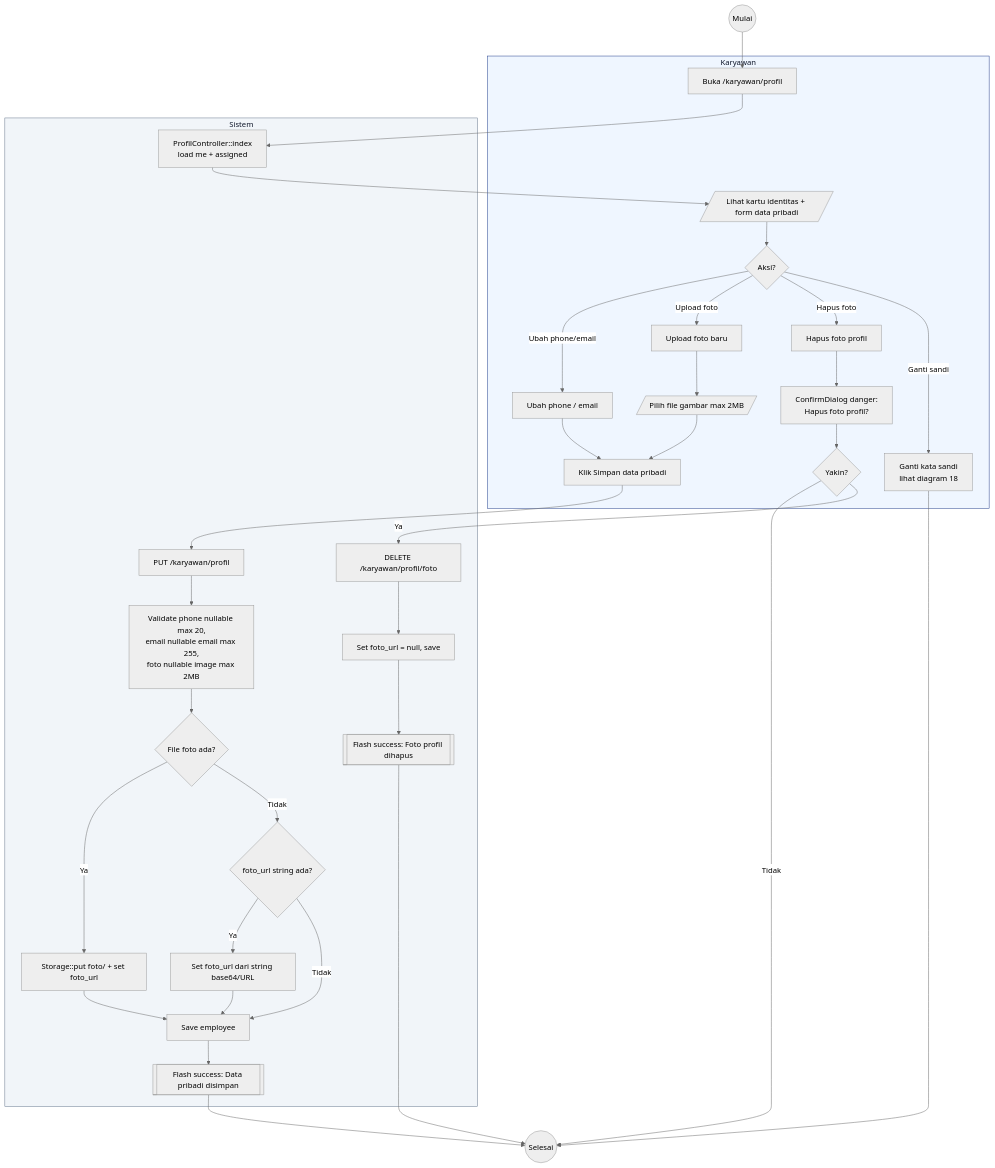
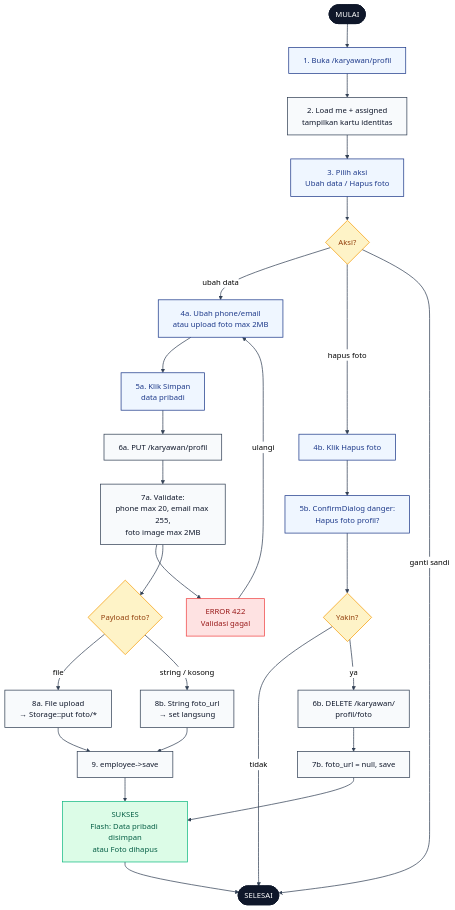
One commit to radacore/absensi-pu changed the diagram in docs/activity-diagrams/19-profil-karyawan.md. Above: the diagram before and after it, drawn with Mermaid (neutral theme). The commit also changed other lines of this file and 22 other files, not shown here.

First line of the commit message:
docs(diagram): terapkan pola mermaid flowchart TD ke 23 diagram sisanya

````diff
--- a/docs/activity-diagrams/19-profil-karyawan.md
+++ b/docs/activity-diagrams/19-profil-karyawan.md
@@ -11,68 +11,69 @@
 ```mermaid
 flowchart TD
-    Start((Mulai)) --> K1
+    START([MULAI]):::se
 
-    subgraph Karyawan[Karyawan]
-        K1[Buka /karyawan/profil]
-        K2[/Lihat kartu identitas + form data pribadi/]
-        K3{Aksi?}
-        K4[Ubah phone / email]
-        K5[Upload foto baru]
-        K6[/Pilih file gambar max 2MB/]
-        K7[Klik Simpan data pribadi]
-        K8[Hapus foto profil]
-        K9[ConfirmDialog danger:<br/>Hapus foto profil?]
-        K10{Yakin?}
-        K11[Ganti kata sandi<br/>lihat diagram 18]
-    end
+    K1["1. Buka /karyawan/profil"]:::user
+    S1["2. Load me + assigned<br/>tampilkan kartu identitas"]:::sys
+    K2["3. Pilih aksi<br/>Ubah data / Hapus foto"]:::user
+    D1{"Aksi?"}:::dec
 
-    subgraph Sistem[Sistem]
-        S1[ProfilController::index<br/>load me + assigned]
-        S2[PUT /karyawan/profil]
-        S3[Validate phone nullable max 20,<br/>email nullable email max 255,<br/>foto nullable image max 2MB]
-        S4{File foto ada?}
-        S5[Storage::put foto/ + set foto_url]
-        S6{foto_url string ada?}
-        S7[Set foto_url dari string base64/URL]
-        S8[Save employee]
-        S9[[Flash success: Data pribadi disimpan]]
-        S10[DELETE /karyawan/profil/foto]
-        S11[Set foto_url = null, save]
-        S12[[Flash success: Foto profil dihapus]]
-    end
+    K3["4a. Ubah phone/email<br/>atau upload foto max 2MB"]:::user
+    K4["5a. Klik Simpan<br/>data pribadi"]:::user
 
+    S2["6a. PUT /karyawan/profil"]:::sys
+    S3["7a. Validate:<br/>phone max 20, email max 255,<br/>foto image max 2MB"]:::sys
+    D2{"Payload foto?"}:::dec
+    E1["ERROR 422<br/>Validasi gagal"]:::err
+
+    S4["8a. File upload<br/>→ Storage::put foto/*"]:::sys
+    S5["8b. String foto_url<br/>→ set langsung"]:::sys
+    S6["9. employee->save"]:::sys
+
+    K5["4b. Klik Hapus foto"]:::user
+    K6["5b. ConfirmDialog danger:<br/>Hapus foto profil?"]:::user
+    D3{"Yakin?"}:::dec
+    S7["6b. DELETE /karyawan/<br/>profil/foto"]:::sys
+    S8["7b. foto_url = null, save"]:::sys
+
+    OK["SUKSES<br/>Flash: Data pribadi disimpan<br/>atau Foto dihapus"]:::ok
+    END([SELESAI]):::se
+
+    START --> K1
     K1 --> S1
     S1 --> K2
-    K2 --> K3
-    K3 -->|Ubah phone/email| K4
-    K4 --> K7
-    K3 -->|Upload foto| K5
+    K2 --> D1
+
+    D1 -->|ubah data| K3
+    K3 --> K4
+    K4 --> S2
+    S2 --> S3
+    S3 --> E1
+    S3 --> D2
+    D2 -->|file| S4
+    D2 -->|string / kosong| S5
+    S4 --> S6
+    S5 --> S6
+    S6 --> OK
+
+    D1 -->|hapus foto| K5
     K5 --> K6
-    K6 --> K7
-    K7 --> S2
-    S2 --> S3
-    S3 --> S4
-    S4 -->|Ya| S5
-    S4 -->|Tidak| S6
-    S6 -->|Ya| S7
-    S6 -->|Tidak| S8
-    S5 --> S8
+    K6 --> D3
+    D3 -->|tidak| END
+    D3 -->|ya| S7
     S7 --> S8
-    S8 --> S9
-    S9 --> End((Selesai))
-    K3 -->|Hapus foto| K8
-    K8 --> K9
-    K9 --> K10
-    K10 -->|Tidak| End
-    K10 -->|Ya| S10
-    S10 --> S11
-    S11 --> S12
-    S12 --> End
-    K3 -->|Ganti sandi| K11
-    K11 --> End
+    S8 --> OK
 
-    classDef actor fill:#EFF6FF,stroke:#1E3A8A,stroke-width:1px,color:#0F172A
-    classDef system fill:#F1F5F9,stroke:#64748B,stroke-width:1px,color:#0F172A
-    class Karyawan actor
-    class Sistem system
+    D1 -->|ganti sandi| END
+
+    OK --> END
+    E1 -->|ulangi| K3
+
+    classDef se fill:#0F172A,stroke:#0F172A,color:#fff,stroke-width:2px
+    classDef user fill:#EFF6FF,stroke:#1E3A8A,color:#1E3A8A,stroke-width:1.5px
+    classDef sys fill:#F8FAFC,stroke:#334155,color:#0F172A,stroke-width:1.5px
+    classDef dec fill:#FEF3C7,stroke:#F59E0B,color:#92400E,stroke-width:1.5px
+    classDef err fill:#FEE2E2,stroke:#EF4444,color:#991B1B,stroke-width:1.5px
+    classDef ok fill:#DCFCE7,stroke:#10B981,color:#065F46,stroke-width:1.5px
+
+    linkStyle default stroke:#334155,stroke-width:1.5px
 ```
````
